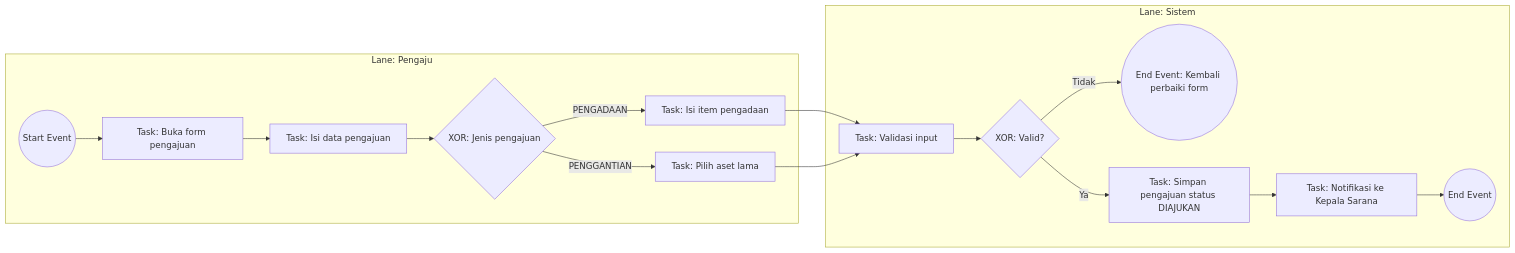
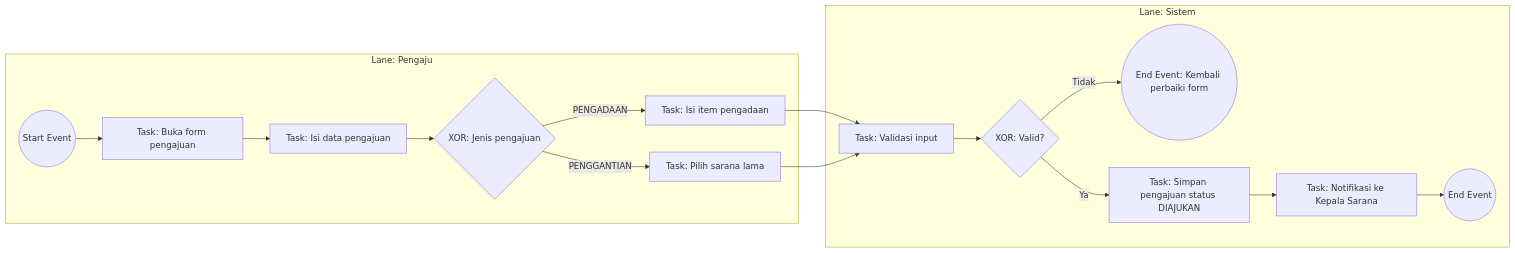
One commit to 250704/smaknis_asset_v1 changed the second of 10 diagrams in docs/BPMN_FULL_SISTEM.md. Above: the diagram before and after it, drawn with Mermaid. The commit also changed other lines of this file and 120 other files, not shown here.

Commit message:
Refactor aset menjadi sarana dan update fitur pengajuan

````diff
--- a/docs/BPMN_FULL_SISTEM.md
+++ b/docs/BPMN_FULL_SISTEM.md
@@ -90,20 +90,20 @@
 ```mermaid
 flowchart LR
   subgraph P1[Lane: Pengaju]
     A((Start Event)) --> B[Task: Buka form pengajuan]
     B --> C[Task: Isi data pengajuan]
     C --> D{XOR: Jenis pengajuan}
     D -- PENGADAAN --> E[Task: Isi item pengadaan]
-    D -- PENGGANTIAN --> F[Task: Pilih aset lama]
+    D -- PENGGANTIAN --> F[Task: Pilih sarana lama]
   end
 
   subgraph P2[Lane: Sistem]
     E --> G[Task: Validasi input]
     F --> G
     G --> H{XOR: Valid?}
     H -- Tidak --> I((End Event: Kembali perbaiki form))
     H -- Ya --> J[Task: Simpan pengajuan status DIAJUKAN]
     J --> K[Task: Notifikasi ke Kepala Sarana]
     K --> L((End Event))
   end
 ```
````
